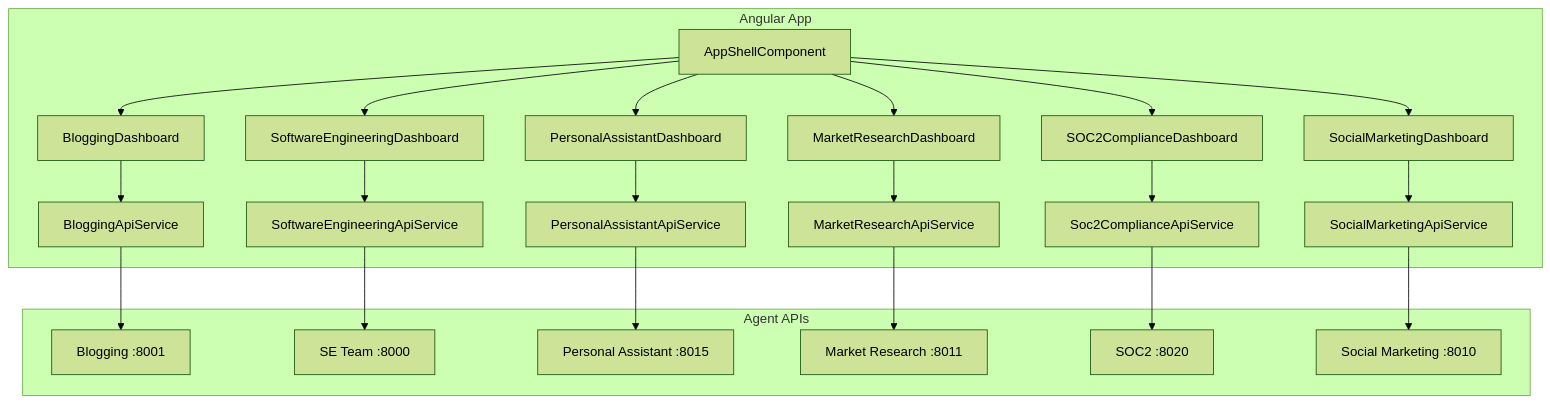
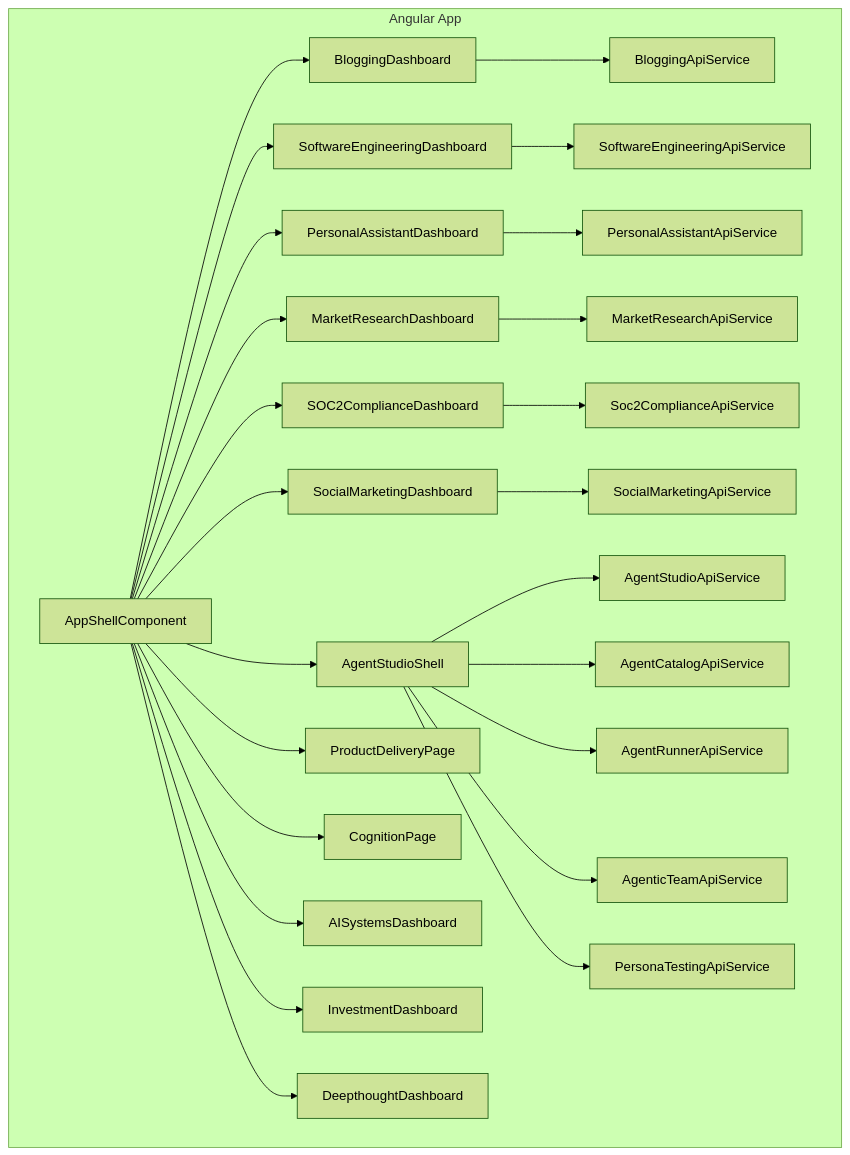
One commit to brandonkindred/Khala-Agentic-AI-Teams changed the first of 2 diagrams in user-interface/docs/ARCHITECTURE.md. Above: the diagram before and after it, drawn with Mermaid (forest theme). The commit also changed other lines of this file and 8 other files, not shown here.

First line of the commit message:
docs: remove dead dashboard shell references and update cutover docs (#5948)

````diff
--- a/user-interface/docs/ARCHITECTURE.md
+++ b/user-interface/docs/ARCHITECTURE.md
@@ -9,26 +9,29 @@
 ```mermaid
 flowchart TB
   subgraph ui [Angular App]
     Shell[AppShellComponent]
     Shell --> Blog[BloggingDashboard]
     Shell --> SE[SoftwareEngineeringDashboard]
     Shell --> PA[PersonalAssistantDashboard]
     Shell --> MR[MarketResearchDashboard]
     Shell --> Soc2[SOC2ComplianceDashboard]
     Shell --> SM[SocialMarketingDashboard]
+    Shell --> Studio[AgentStudioShell]
+    Shell --> PD[ProductDeliveryPage]
+    Shell --> Cog[CognitionPage]
+    Shell --> AI[AISystemsDashboard]
+    Shell --> Inv[InvestmentDashboard]
+    Shell --> DT[DeepthoughtDashboard]
     Blog --> BlogSvc[BloggingApiService]
     SE --> SESvc[SoftwareEngineeringApiService]
     PA --> PASvc[PersonalAssistantApiService]
     MR --> MRSvc[MarketResearchApiService]
     Soc2 --> Soc2Svc[Soc2ComplianceApiService]
     SM --> SMSvc[SocialMarketingApiService]
-  end
-  subgraph apis [Agent APIs]
-    BlogSvc --> BlogAPI["Blogging :8001"]
-    SESvc --> SEAPI["SE Team :8000"]
-    PASvc --> PAAPI["Personal Assistant :8015"]
-    MRSvc --> MRAPI["Market Research :8011"]
-    Soc2Svc --> Soc2API["SOC2 :8020"]
-    SMSvc --> SMAPI["Social Marketing :8010"]
+    Studio --> StudioSvc[AgentStudioApiService]
+    Studio --> CatSvc[AgentCatalogApiService]
+    Studio --> RunSvc[AgentRunnerApiService]
+    Studio --> TeamSvc[AgenticTeamApiService]
+    Studio --> PersonaSvc[PersonaTestingApiService]
   end
 ```
````
